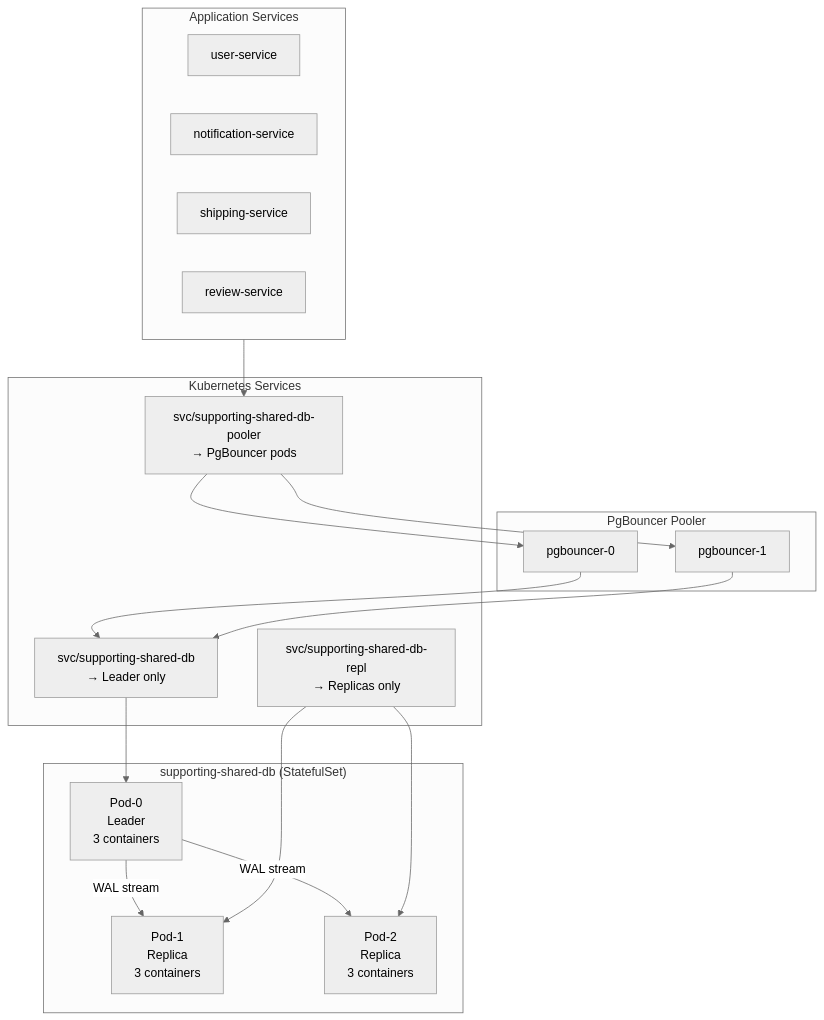
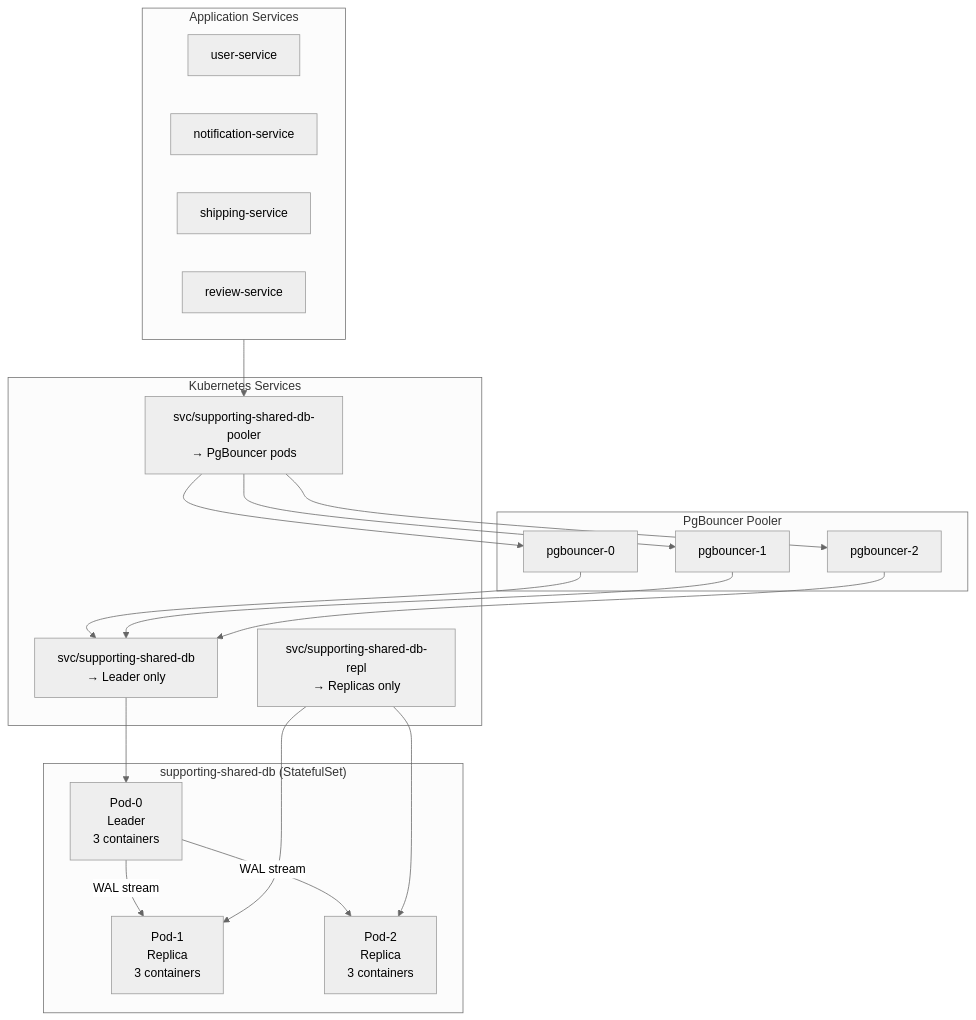
The sixth of 8 diagrams in docs/databases/runbooks/zalando-ha-scaling.md (duynhlab/homelab), drawn with Mermaid (neutral theme) before and after one commit. The commit also changed other lines of this file and 243 other files, not shown here.

````diff
--- a/docs/databases/runbooks/zalando-ha-scaling.md
+++ b/docs/databases/runbooks/zalando-ha-scaling.md
@@ -250,37 +254,40 @@
 ```mermaid
 flowchart TB
     subgraph apps [Application Services]
         UserSvc[user-service]
         NotifSvc[notification-service]
         ShipSvc[shipping-service]
         RevSvc[review-service]
     end
 
     subgraph pooler [PgBouncer Pooler]
         PB1["pgbouncer-0"]
         PB2["pgbouncer-1"]
+        PB3["pgbouncer-2"]
     end
 
     subgraph dbcluster ["supporting-shared-db (StatefulSet)"]
         Pod0["Pod-0\nLeader\n3 containers"]
         Pod1["Pod-1\nReplica\n3 containers"]
         Pod2["Pod-2\nReplica\n3 containers"]
         Pod0 -->|"WAL stream"| Pod1
         Pod0 -->|"WAL stream"| Pod2
     end
 
     subgraph svcs [Kubernetes Services]
         SvcLeader["svc/supporting-shared-db\n→ Leader only"]
         SvcRepl["svc/supporting-shared-db-repl\n→ Replicas only"]
         SvcPooler["svc/supporting-shared-db-pooler\n→ PgBouncer pods"]
     end
 
     apps --> SvcPooler
     SvcPooler --> PB1
     SvcPooler --> PB2
+    SvcPooler --> PB3
     PB1 --> SvcLeader
     PB2 --> SvcLeader
+    PB3 --> SvcLeader
     SvcLeader --> Pod0
     SvcRepl --> Pod1
     SvcRepl --> Pod2
 ```
````
